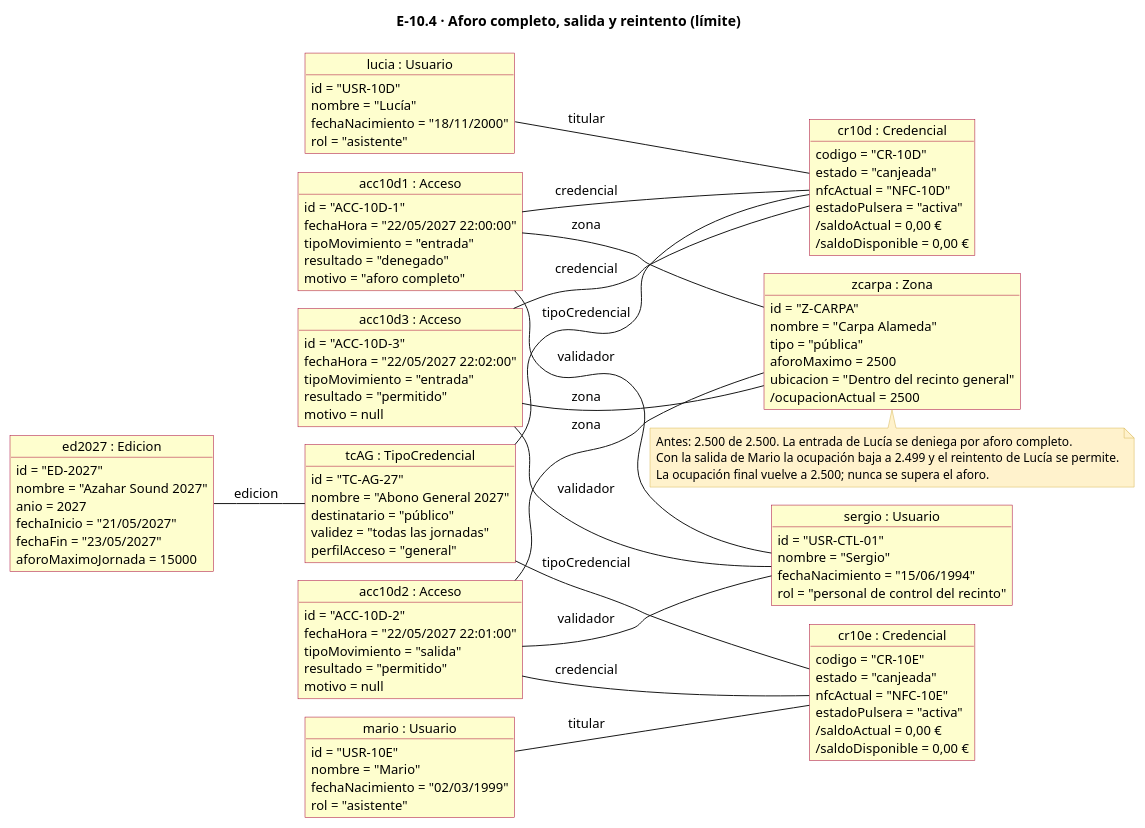
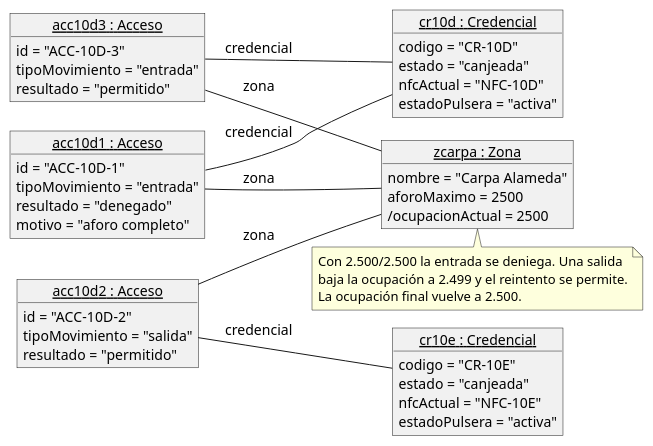
One commit to Antmungar2/proyecto-curso-iissi1-2026-antmungar2 changed the diagram in docs/diagramas/escenarios/e10-4.puml. Above: the diagram before and after it, drawn with PlantUML. The commit also changed 30 other files, not shown here.

Commit message:
E2: simplificar diagramas de R.N.10 y R.N.11 al estilo de Darya

```diff
--- a/docs/diagramas/escenarios/e10-4.puml
+++ b/docs/diagramas/escenarios/e10-4.puml
@@ -1,121 +1,68 @@
 @startuml
 !pragma layout smetana
-title E-10.4 · Aforo completo, salida y reintento (límite)
 hide empty members
-left to right direction
 skinparam backgroundColor #FFFFFF
+skinparam shadowing false
 skinparam defaultFontName Helvetica
-skinparam defaultFontSize 13
+skinparam defaultFontSize 14
 skinparam object {
-  BackgroundColor #FEFECE
-  BorderColor #A80036
+  BackgroundColor #F1F1F1
+  BorderColor #181818
+  FontSize 14
+}
+skinparam note {
+  BackgroundColor #FEFFDD
+  BorderColor #181818
   FontSize 13
 }
-skinparam note {
-  BackgroundColor #FFF2CC
-  BorderColor #D6B656
-  FontSize 12
-}
-skinparam nodesep 30
+skinparam nodesep 25
 skinparam ranksep 30
+left to right direction
 
-object "ed2027 : Edicion" as ed2027 {
-  id = "ED-2027"
-  nombre = "Azahar Sound 2027"
-  anio = 2027
-  fechaInicio = "21/05/2027"
-  fechaFin = "23/05/2027"
-  aforoMaximoJornada = 15000
-}
-object "zcarpa : Zona" as zcarpa {
-  id = "Z-CARPA"
-  nombre = "Carpa Alameda"
-  tipo = "pública"
-  aforoMaximo = 2500
-  ubicacion = "Dentro del recinto general"
-  /ocupacionActual = 2500
-}
-object "tcAG : TipoCredencial" as tcAG {
-  id = "TC-AG-27"
-  nombre = "Abono General 2027"
-  destinatario = "público"
-  validez = "todas las jornadas"
-  perfilAcceso = "general"
-}
-object "lucia : Usuario" as lucia {
-  id = "USR-10D"
-  nombre = "Lucía"
-  fechaNacimiento = "18/11/2000"
-  rol = "asistente"
-}
-object "cr10d : Credencial" as cr10d {
+object "<u>cr10d : Credencial</u>" as cr10d {
   codigo = "CR-10D"
   estado = "canjeada"
   nfcActual = "NFC-10D"
   estadoPulsera = "activa"
-  /saldoActual = 0,00 €
-  /saldoDisponible = 0,00 €
 }
-object "mario : Usuario" as mario {
-  id = "USR-10E"
-  nombre = "Mario"
-  fechaNacimiento = "02/03/1999"
-  rol = "asistente"
-}
-object "cr10e : Credencial" as cr10e {
+object "<u>cr10e : Credencial</u>" as cr10e {
   codigo = "CR-10E"
   estado = "canjeada"
   nfcActual = "NFC-10E"
   estadoPulsera = "activa"
-  /saldoActual = 0,00 €
-  /saldoDisponible = 0,00 €
 }
-object "sergio : Usuario" as sergio {
-  id = "USR-CTL-01"
-  nombre = "Sergio"
-  fechaNacimiento = "15/06/1994"
-  rol = "personal de control del recinto"
+object "<u>zcarpa : Zona</u>" as zcarpa {
+  nombre = "Carpa Alameda"
+  aforoMaximo = 2500
+  /ocupacionActual = 2500
 }
-object "acc10d1 : Acceso" as acc10d1 {
+object "<u>acc10d1 : Acceso</u>" as acc10d1 {
   id = "ACC-10D-1"
-  fechaHora = "22/05/2027 22:00:00"
   tipoMovimiento = "entrada"
   resultado = "denegado"
   motivo = "aforo completo"
 }
-object "acc10d2 : Acceso" as acc10d2 {
+object "<u>acc10d2 : Acceso</u>" as acc10d2 {
   id = "ACC-10D-2"
-  fechaHora = "22/05/2027 22:01:00"
   tipoMovimiento = "salida"
   resultado = "permitido"
-  motivo = null
 }
-object "acc10d3 : Acceso" as acc10d3 {
+object "<u>acc10d3 : Acceso</u>" as acc10d3 {
   id = "ACC-10D-3"
-  fechaHora = "22/05/2027 22:02:00"
   tipoMovimiento = "entrada"
   resultado = "permitido"
-  motivo = null
 }
 
-ed2027 -- tcAG : edicion
-tcAG -- cr10d : tipoCredencial
-tcAG -- cr10e : tipoCredencial
-lucia -- cr10d : titular
-mario -- cr10e : titular
 acc10d1 -- cr10d : credencial
+acc10d2 -- cr10e : credencial
+acc10d3 -- cr10d : credencial
 acc10d1 -- zcarpa : zona
-acc10d1 -- sergio : validador
-acc10d2 -- cr10e : credencial
 acc10d2 -- zcarpa : zona
-acc10d2 -- sergio : validador
-acc10d3 -- cr10d : credencial
 acc10d3 -- zcarpa : zona
-acc10d3 -- sergio : validador
 
 note bottom of zcarpa
-Antes: 2.500 de 2.500. La entrada de Lucía se deniega por aforo completo.
-Con la salida de Mario la ocupación baja a 2.499 y el reintento de Lucía se permite.
-La ocupación final vuelve a 2.500; nunca se supera el aforo.
+Con 2.500/2.500 la entrada se deniega. Una salida
+baja la ocupación a 2.499 y el reintento se permite.
+La ocupación final vuelve a 2.500.
 end note
 @enduml
```
